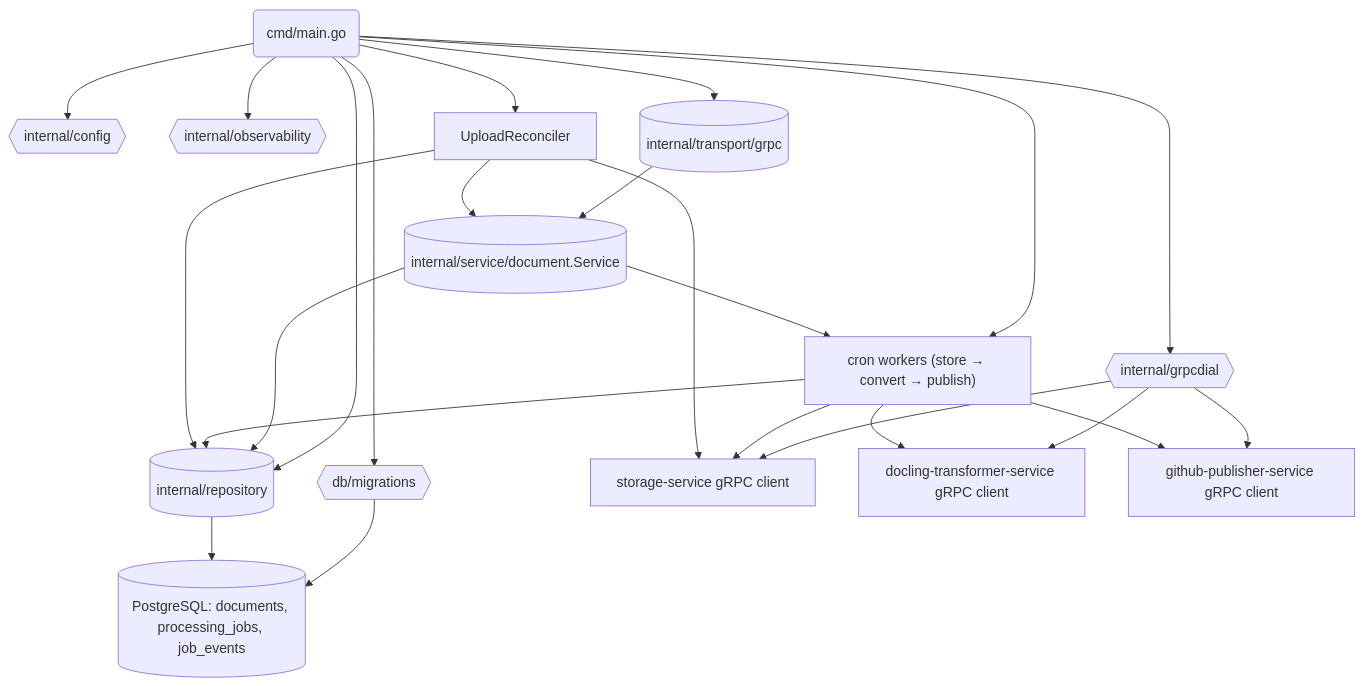
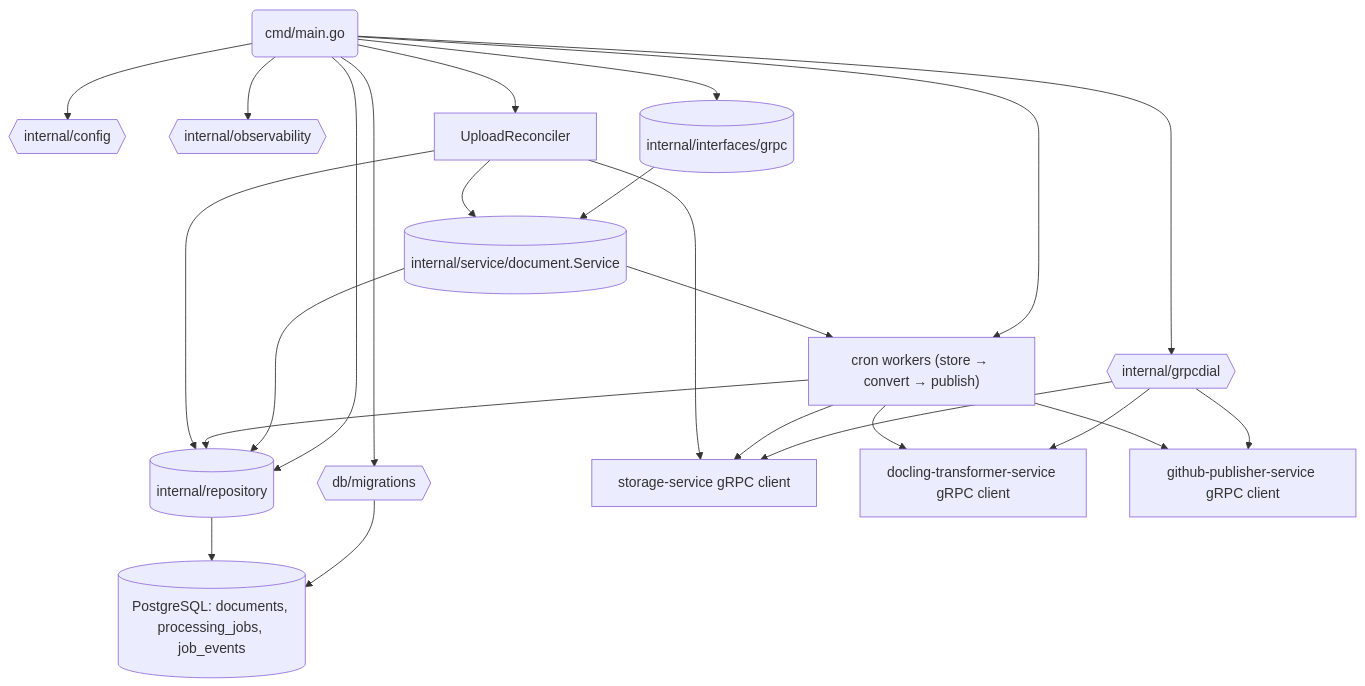
One commit to FedorovTeam/mono-repo changed the diagram in backend/document-service/code.md. Above: the diagram before and after it, drawn with Mermaid. The commit also changed other lines of this file and 7 other files, not shown here.

````diff
--- a/backend/document-service/code.md
+++ b/backend/document-service/code.md
@@ -3,31 +3,31 @@
 ```mermaid
 flowchart TD
     main("cmd/main.go") --> configLoader{{"internal/config"}}
     main --> observability{{"internal/observability"}}
     main --> migrations{{"db/migrations"}}
     main --> repo
     main --> grpcDial{{"internal/grpcdial"}}
     main --> jobWorkers["cron workers (store → convert → publish)"]
     main --> uploadReconciler["UploadReconciler"]
     main --> grpcServer
 
     migrations --> db[(PostgreSQL: documents, processing_jobs, job_events)]
     repo[(internal/repository)] --> db
 
     grpcDial --> storageClient["storage-service gRPC client"]
     grpcDial --> transformerClient["docling-transformer-service gRPC client"]
     grpcDial --> publisherClient["github-publisher-service gRPC client"]
 
-    grpcServer[(internal/transport/grpc)] --> service
+    grpcServer[(internal/interfaces/grpc)] --> service
     service[(internal/service/document.Service)] --> repo
     service --> jobWorkers
 
     jobWorkers --> repo
     jobWorkers --> storageClient
     jobWorkers --> transformerClient
     jobWorkers --> publisherClient
 
     uploadReconciler --> repo
     uploadReconciler --> storageClient
     uploadReconciler --> service
 ```
````
